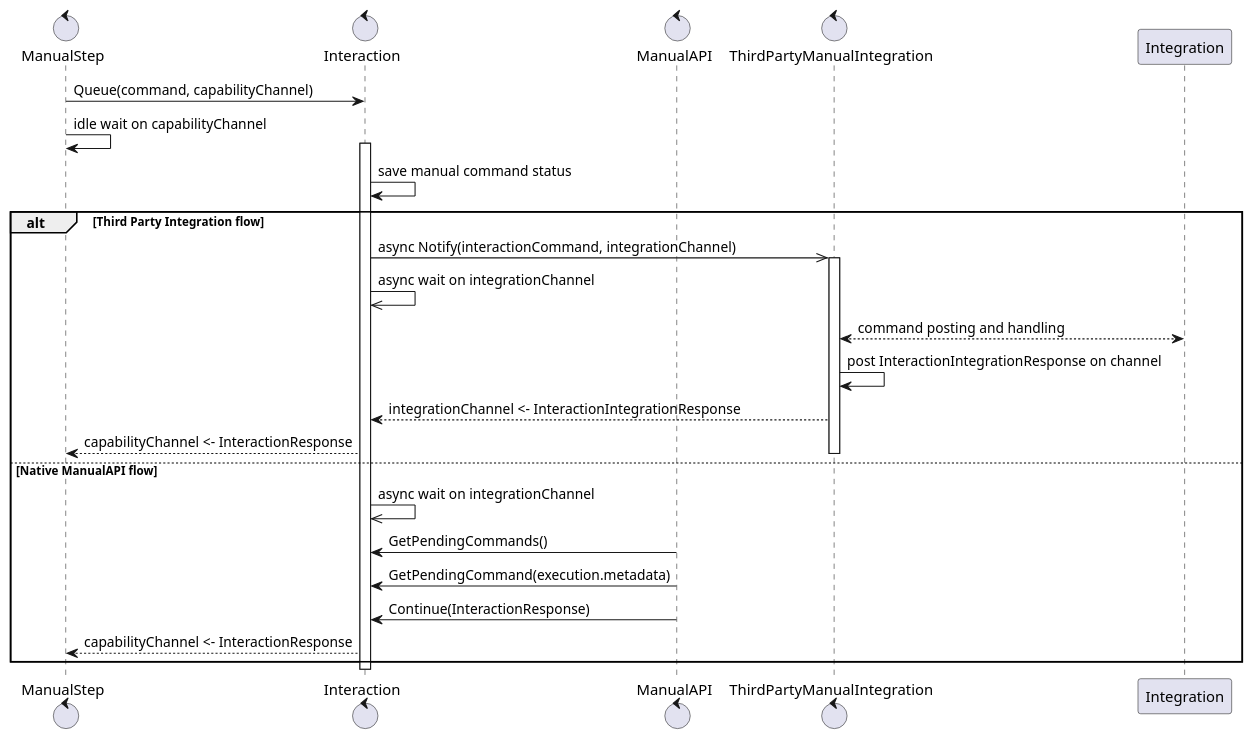
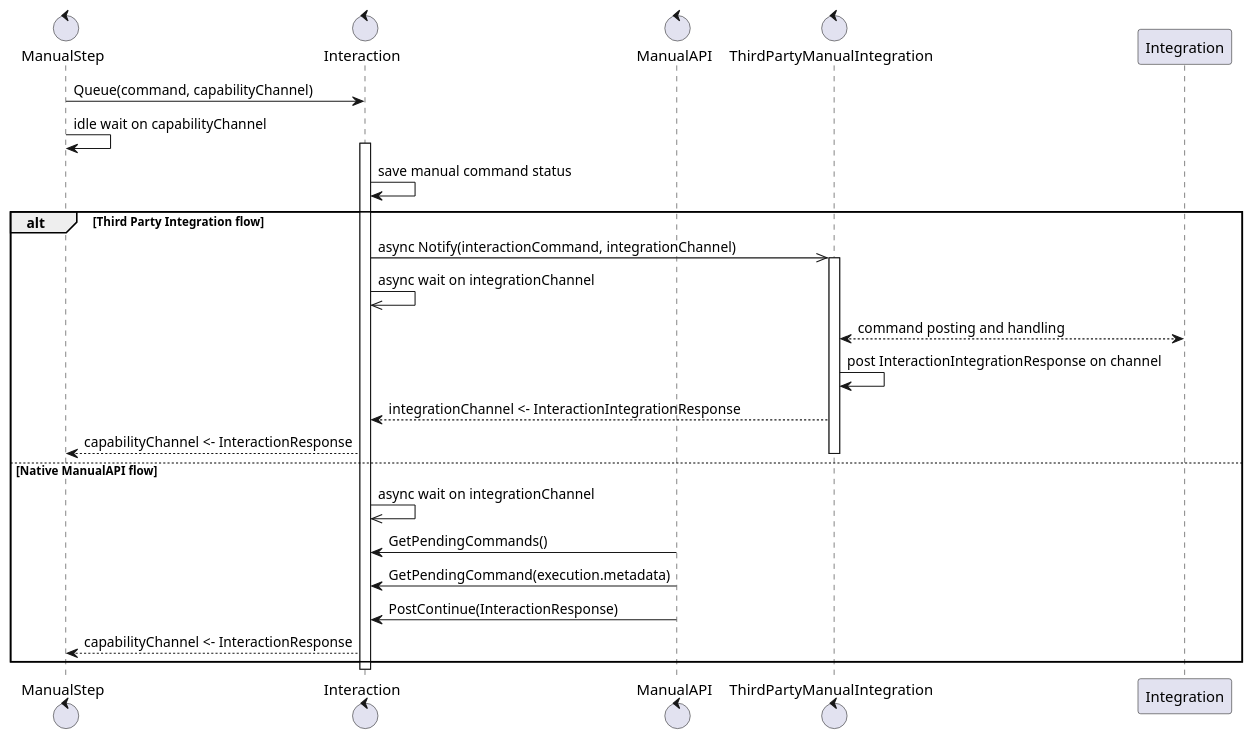
Before and after one commit to COSSAS/SOARCA: the second of 2 diagrams in docs/content/en/docs/core-components/modules.md, drawn with PlantUML. The commit also changed other lines of this file and 6 other files, not shown here.

````diff
--- a/docs/content/en/docs/core-components/modules.md
+++ b/docs/content/en/docs/core-components/modules.md
@@ -397,34 +397,34 @@
 ```plantuml
 @startuml
 control "ManualStep" as manual
 control "Interaction" as interaction
 control "ManualAPI" as api
 control "ThirdPartyManualIntegration" as 3ptool
 
 
 manual -> interaction : Queue(command, capabilityChannel)
 manual -> manual : idle wait on capabilityChannel
 activate interaction
 interaction -> interaction : save manual command status
 alt Third Party Integration flow
 interaction ->> 3ptool : async Notify(interactionCommand, integrationChannel)
 activate 3ptool
 interaction ->> interaction : async wait on integrationChannel
 
 3ptool <--> Integration : command posting and handling
 3ptool -> 3ptool : post InteractionIntegrationResponse on channel
 3ptool --> interaction : integrationChannel <- InteractionIntegrationResponse
 interaction --> manual : capabilityChannel <- InteractionResponse
 deactivate 3ptool
 else Native ManualAPI flow
 interaction ->> interaction : async wait on integrationChannel
 api -> interaction : GetPendingCommands()
 api -> interaction : GetPendingCommand(execution.metadata)
-api -> interaction : Continue(InteractionResponse)
+api -> interaction : PostContinue(InteractionResponse)
 interaction --> manual : capabilityChannel <- InteractionResponse
 end
 
 deactivate interaction
 
 @enduml
 ```
````
